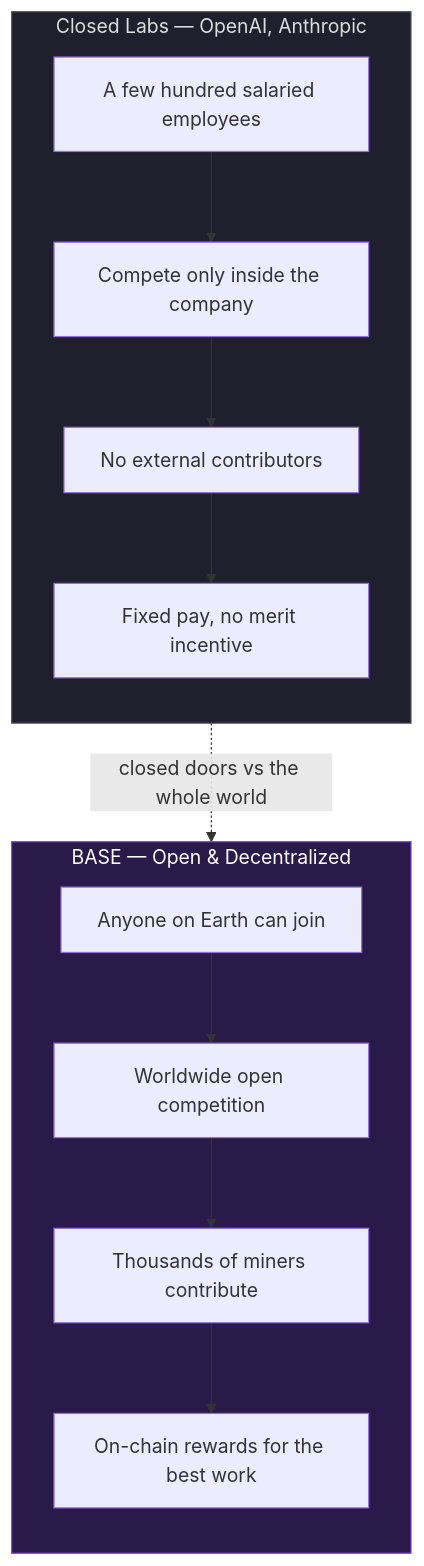
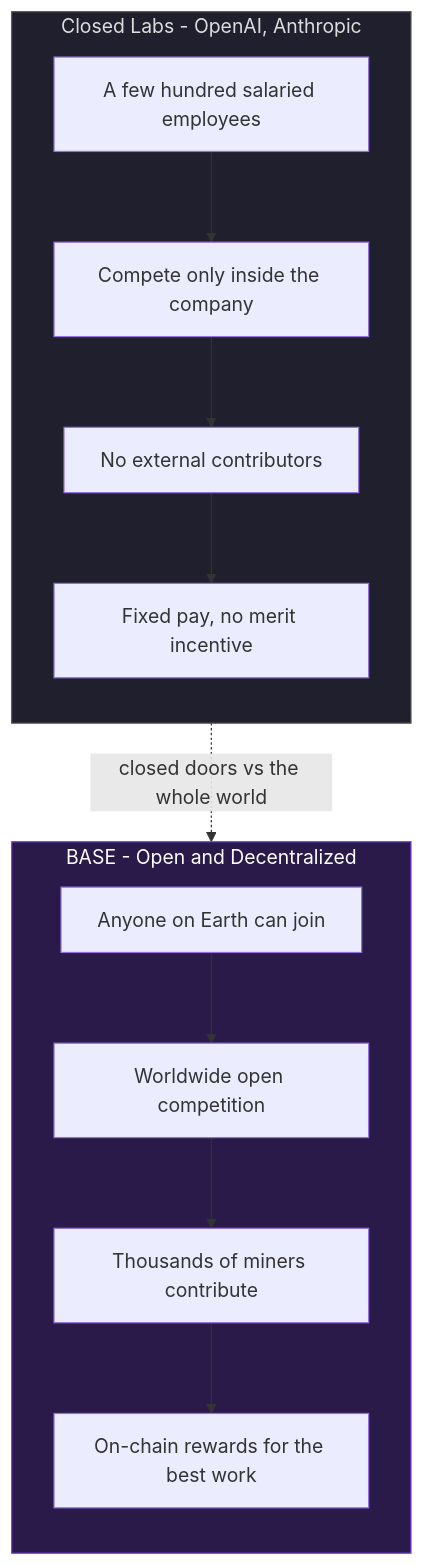
One commit to BaseIntelligence/.github changed the first of 3 diagrams in profile/README.md. Above: the diagram before and after it, drawn with Mermaid. The commit also changed other lines of this file, not shown here.

````diff
--- a/profile/README.md
+++ b/profile/README.md
@@ -42,25 +42,25 @@
 ```mermaid
 flowchart TB
-    subgraph CLOSED["Closed Labs — OpenAI, Anthropic"]
+    subgraph CLOSED["Closed Labs - OpenAI, Anthropic"]
         direction TB
         C0["A few hundred salaried employees"]
         C1["Compete only inside the company"]
         C2["No external contributors"]
         C3["Fixed pay, no merit incentive"]
         C0 --> C1 --> C2 --> C3
     end
 
-    subgraph BASE["BASE — Open & Decentralized"]
+    subgraph BASE["BASE - Open and Decentralized"]
         direction TB
         B0["Anyone on Earth can join"]
         B1["Worldwide open competition"]
         B2["Thousands of miners contribute"]
         B3["On-chain rewards for the best work"]
         B0 --> B1 --> B2 --> B3
     end
 
     CLOSED -. "closed doors vs the whole world" .-> BASE
 
     style CLOSED fill:#1f1f2e,stroke:#555,color:#ddd
     style BASE fill:#2a1a4a,stroke:#7c3aed,color:#fff
 ```
````
